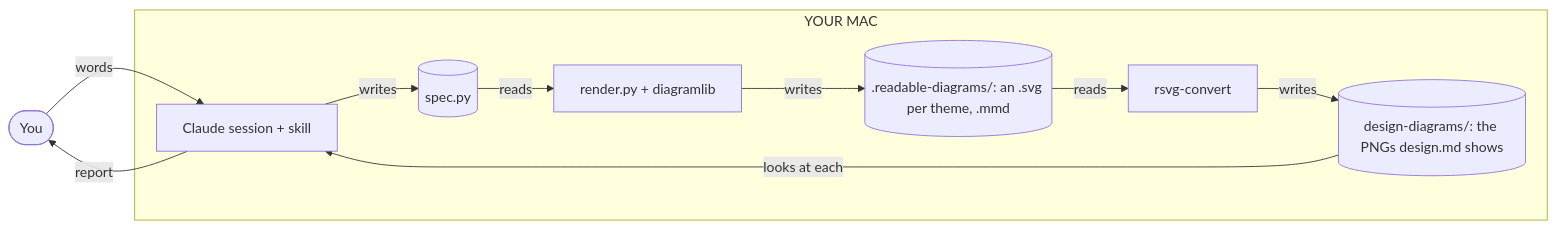
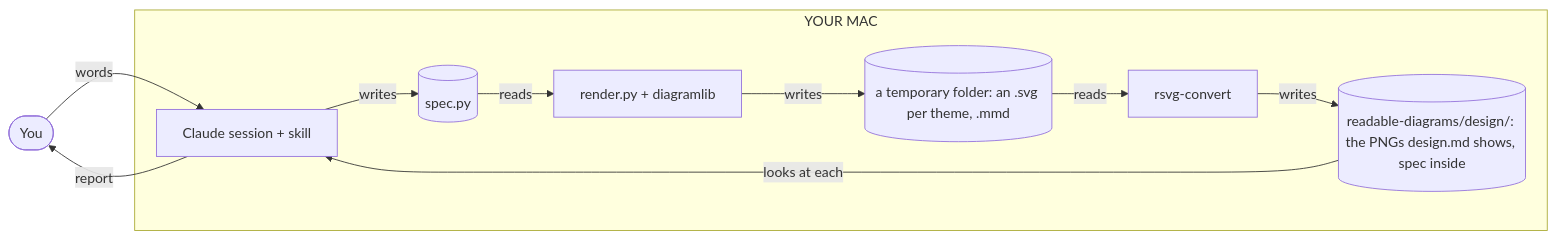
One commit to DanTanzer/dans-skills changed the first of 2 diagrams in skills/readable-diagrams/HOW-IT-WORKS.md. Above: the diagram before and after it, drawn with Mermaid. The commit also changed other lines of this file and 8 other files, not shown here.

First line of the commit message:
readable-diagrams: light by default, no build files kept, readable-diagrams/<doc>/

````diff
--- a/skills/readable-diagrams/HOW-IT-WORKS.md
+++ b/skills/readable-diagrams/HOW-IT-WORKS.md
@@ -41,14 +41,14 @@
 ```mermaid
 flowchart LR
   you(["You"])
   subgraph mac["YOUR MAC"]
     claude["Claude session + skill"] -->|writes| spec[("spec.py")]
     spec -->|reads| render["render.py + diagramlib"]
-    render -->|writes| build[(".readable-diagrams/: an .svg per theme, .mmd")]
+    render -->|writes| build[("a temporary folder: an .svg per theme, .mmd")]
     build -->|reads| exporter["rsvg-convert"]
-    exporter -->|writes| pngs[("design-diagrams/: the PNGs design.md shows")]
+    exporter -->|writes| pngs[("readable-diagrams/design/: the PNGs design.md shows, spec inside")]
     pngs -->|looks at each| claude
   end
   you -->|words| claude
   claude -->|report| you
 ```
````
